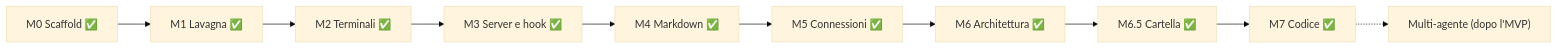
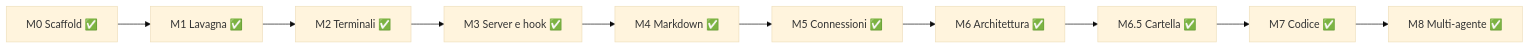
One commit to Marco-Pagnanini/OpenPlancia changed diagram 18 of 18 in ARCHITECTURE.md. Above: the diagram before and after it, drawn with Mermaid (base theme). The commit also changed other lines of this file and 28 other files, not shown here.

````diff
--- a/ARCHITECTURE.md
+++ b/ARCHITECTURE.md
@@ -740,5 +796,5 @@
 ```mermaid
 flowchart LR
   M0["M0 Scaffold ✅"] --> M1["M1 Lavagna ✅"] --> M2["M2 Terminali ✅"] --> M3["M3 Server e hook ✅"]
-  M3 --> M4["M4 Markdown ✅"] --> M5["M5 Connessioni ✅"] --> M6["M6 Architettura ✅"] --> M65["M6.5 Cartella ✅"] --> M7["M7 Codice ✅"] -.-> M8["Multi-agente (dopo l'MVP)"]
+  M3 --> M4["M4 Markdown ✅"] --> M5["M5 Connessioni ✅"] --> M6["M6 Architettura ✅"] --> M65["M6.5 Cartella ✅"] --> M7["M7 Codice ✅"] --> M8["M8 Multi-agente ✅"]
 ```
````
